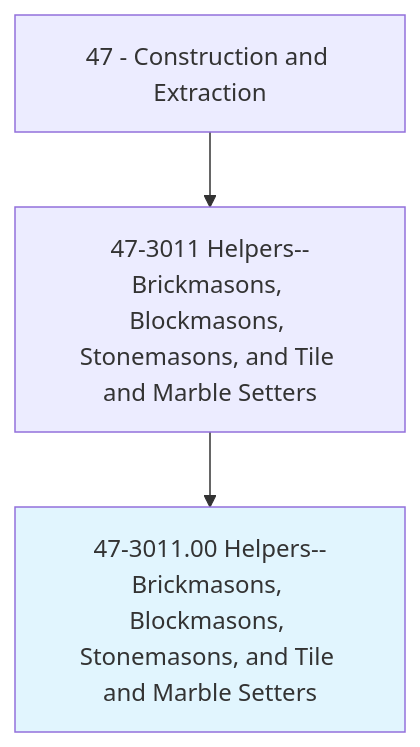
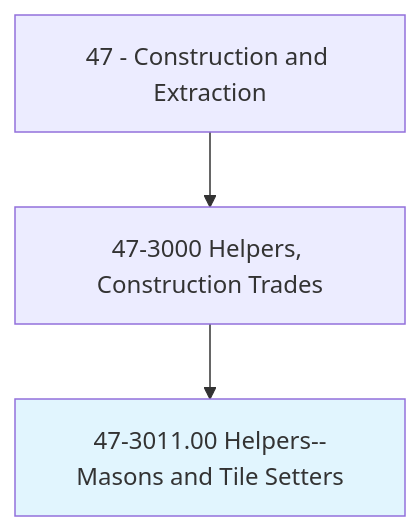
Before and after one commit to kziemski/business.org.ai: the first of 4 diagrams in occupations/Construction/HelpersBrickmasonsBlockmasonsStonemasonsAndTileAndMarbleSetters.mdx, drawn with Mermaid. The commit also changed other lines of this file and 938 other files, not shown here.

````diff
--- a/occupations/Construction/HelpersBrickmasonsBlockmasonsStonemasonsAndTileAndMarbleSetters.mdx
+++ b/occupations/Construction/HelpersBrickmasonsBlockmasonsStonemasonsAndTileAndMarbleSetters.mdx
@@ -19,6 +23,6 @@
 ```mermaid
 graph TD
-    Cat47["47 - Construction and Extraction"] --> Group473011["47-3011 Helpers--Brickmasons, Blockmasons, Stonemasons, and Tile and Marble Setters"]
-    Group473011 --> Current["47-3011.00 Helpers--Brickmasons, Blockmasons, Stonemasons, and Tile and Marble Setters"]
+    Cat47["47 - Construction and Extraction"] --> Group473["47-3000 Helpers, Construction Trades"]
+    Group473 --> Current["47-3011.00 Helpers--Masons and Tile Setters"]
     style Current fill:#e1f5fe
 ```
````
